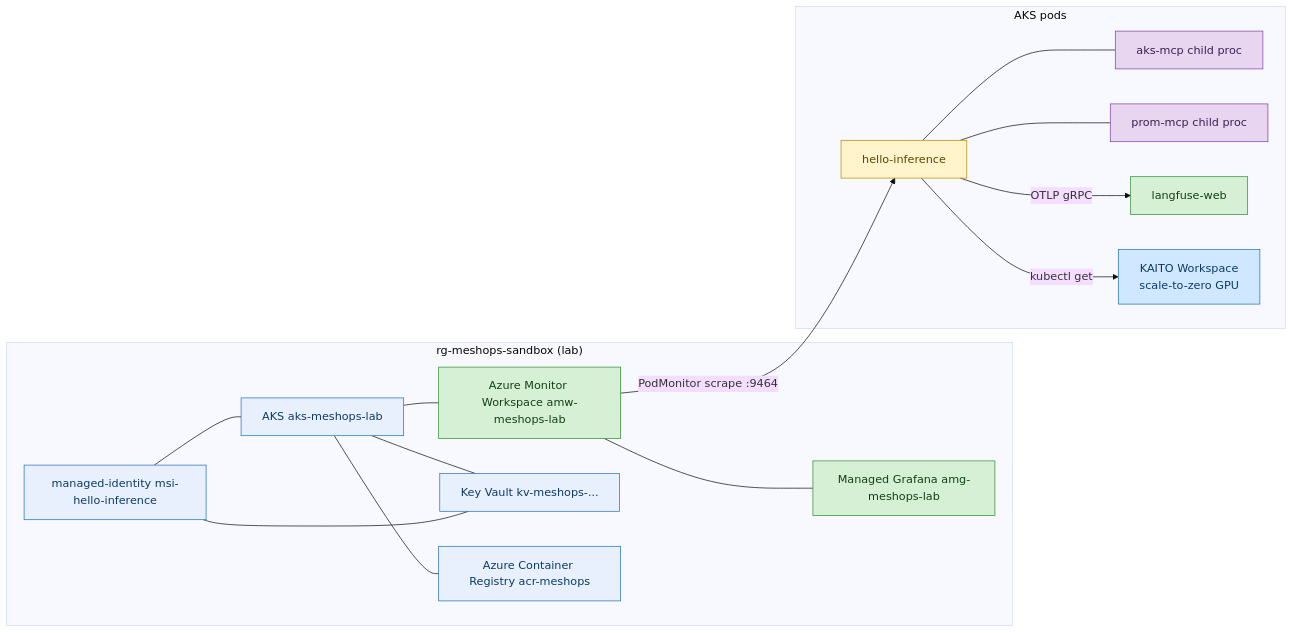
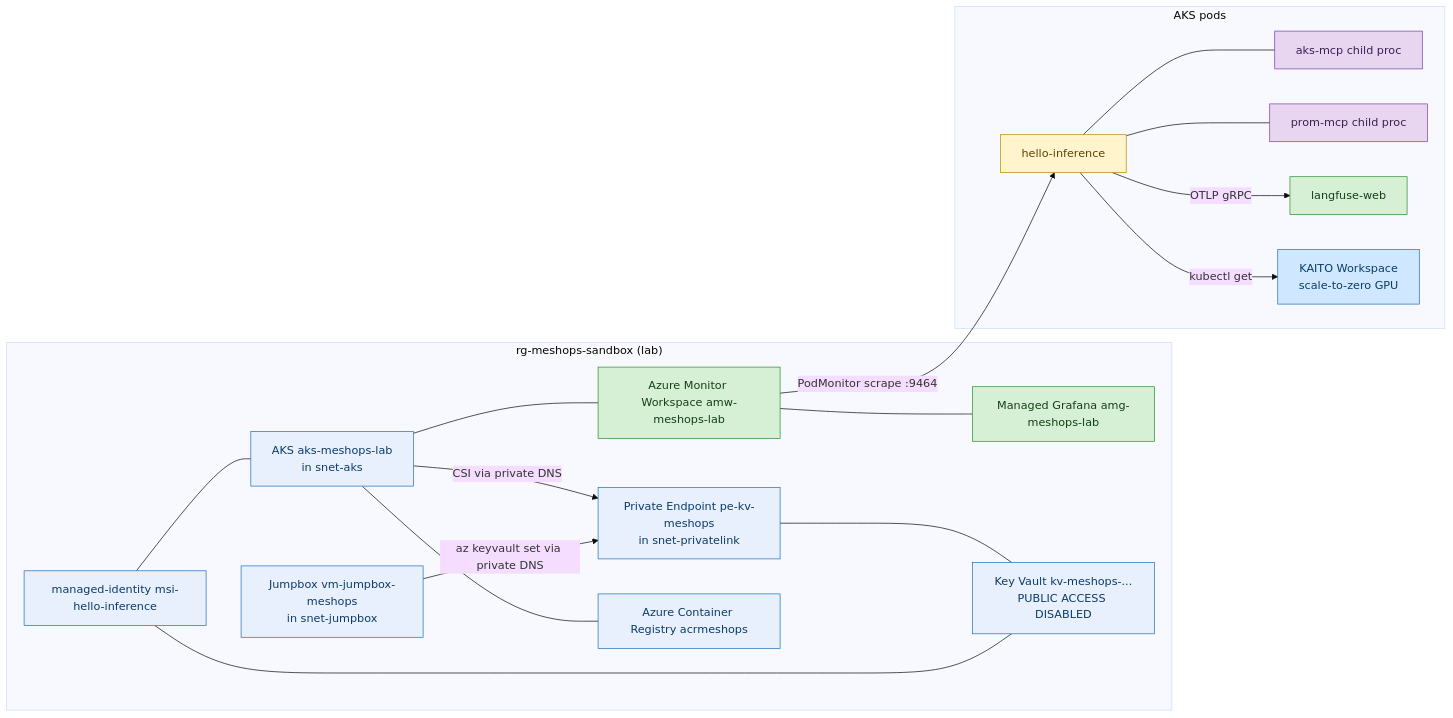
Before and after one commit to ramanjk/meshops-portfolio: the second of 3 diagrams in 040_iterations/iteration-01/05_deployment_guide.md, drawn with Mermaid (base theme). The commit also changed other lines of this file and 14 other files, not shown here.

First line of the commit message:
Iteration-01: scaffold deployment infra (private KV + jumpbox) and update guides

````diff
--- a/040_iterations/iteration-01/05_deployment_guide.md
+++ b/040_iterations/iteration-01/05_deployment_guide.md
@@ -56,36 +56,40 @@
 ```mermaid
 flowchart LR
     classDef agent fill:#FFF4CC,stroke:#B58900,color:#5C4400
     classDef inf fill:#CFE8FF,stroke:#1F6FB8,color:#0B3B66
     classDef ops fill:#D6F0D6,stroke:#2E8B2E,color:#143F14
     classDef mcp fill:#E8D6F0,stroke:#7B3FA8,color:#3A1F52
     classDef azure fill:#E8F0FE,stroke:#1F6FB8,color:#0B3B66
 
     subgraph SubRG["rg-meshops-sandbox (lab)"]
-        AKS[AKS aks-meshops-lab]:::azure
+        AKS[AKS aks-meshops-lab<br/>in snet-aks]:::azure
         AMW[Azure Monitor Workspace amw-meshops-lab]:::ops
         AMG[Managed Grafana amg-meshops-lab]:::ops
-        KV[Key Vault kv-meshops-...]:::azure
-        ACR[Azure Container Registry acr-meshops]:::azure
+        KV[Key Vault kv-meshops-...<br/>PUBLIC ACCESS DISABLED]:::azure
+        PE[Private Endpoint pe-kv-meshops<br/>in snet-privatelink]:::azure
+        JB[Jumpbox vm-jumpbox-meshops<br/>in snet-jumpbox]:::azure
+        ACR[Azure Container Registry acrmeshops]:::azure
         MSI[managed-identity msi-hello-inference]:::azure
     end
 
     subgraph AKSPods["AKS pods"]
         HI[hello-inference]:::agent
         MA[aks-mcp child proc]:::mcp
         MP[prom-mcp child proc]:::mcp
         LFW[langfuse-web]:::ops
         WS[KAITO Workspace<br/>scale-to-zero GPU]:::inf
     end
 
     AKS --- AMW --- AMG
-    AKS --- KV
+    AKS -->|CSI via private DNS| PE
+    PE --- KV
+    JB -->|az keyvault set via private DNS| PE
     AKS --- ACR
     MSI --- KV
     MSI --- AKS
     HI --- MA
     HI --- MP
     HI -->|OTLP gRPC| LFW
     HI -->|kubectl get| WS
     AMW -->|PodMonitor scrape :9464| HI
 ```
````
